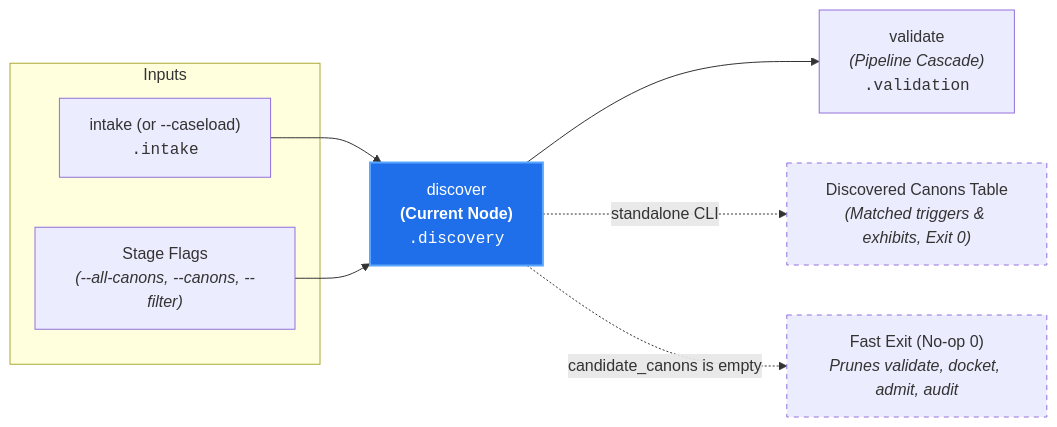
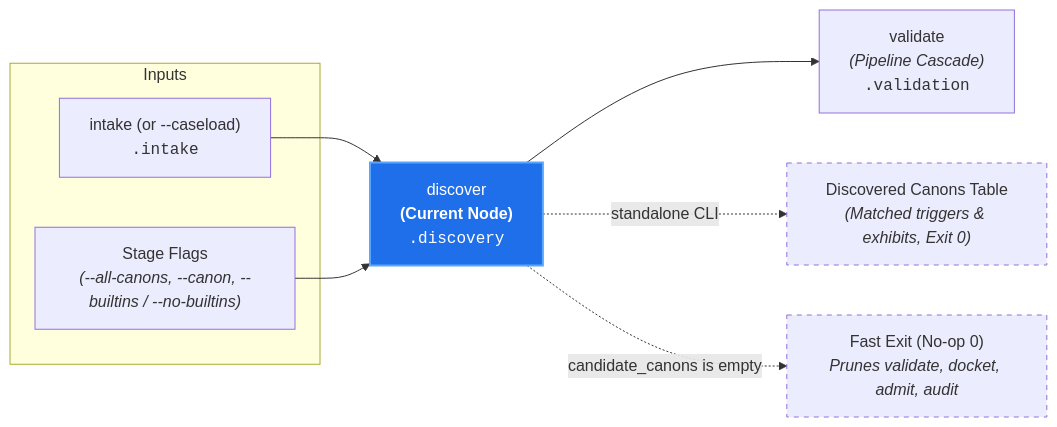
The diagram in docs/architecture/nodes/discover.md (PAIR-code/canon-clerk), drawn with Mermaid before and after one commit. The commit also changed other lines of this file and 141 other files, not shown here.

````diff
--- a/docs/architecture/nodes/discover.md
+++ b/docs/architecture/nodes/discover.md
@@ -28,18 +28,18 @@
 ```mermaid
 flowchart LR
     subgraph Inputs["Inputs"]
         Intake["intake (or --caseload)<br/><code>.intake</code>"]
-        Params["Stage Flags<br/><i>(--all-canons, --canons, --filter)</i>"]
+        Params["Stage Flags<br/><i>(--all-canons, --canon, --builtins / --no-builtins)</i>"]
     end
 
     Intake --> Discover["discover<br/><b>(Current Node)</b><br/><code>.discovery</code>"]
     Params --> Discover
 
     Discover --> Validate["validate<br/><i>(Pipeline Cascade)</i><br/><code>.validation</code>"]
     Discover -. "standalone CLI" .-> DiscoveryReport["Discovered Canons Table<br/><i>(Matched triggers & exhibits, Exit 0)</i>"]
     Discover -. "candidate_canons is empty" .-> FastExit["Fast Exit (No-op 0)<br/><i>Prunes validate, docket, admit, audit</i>"]
 
     style Discover fill:#1f6feb,stroke:#58a6ff,stroke-width:2px,color:#fff
     style DiscoveryReport stroke-dasharray: 5 5
     style FastExit stroke-dasharray: 5 5
 ```
````
